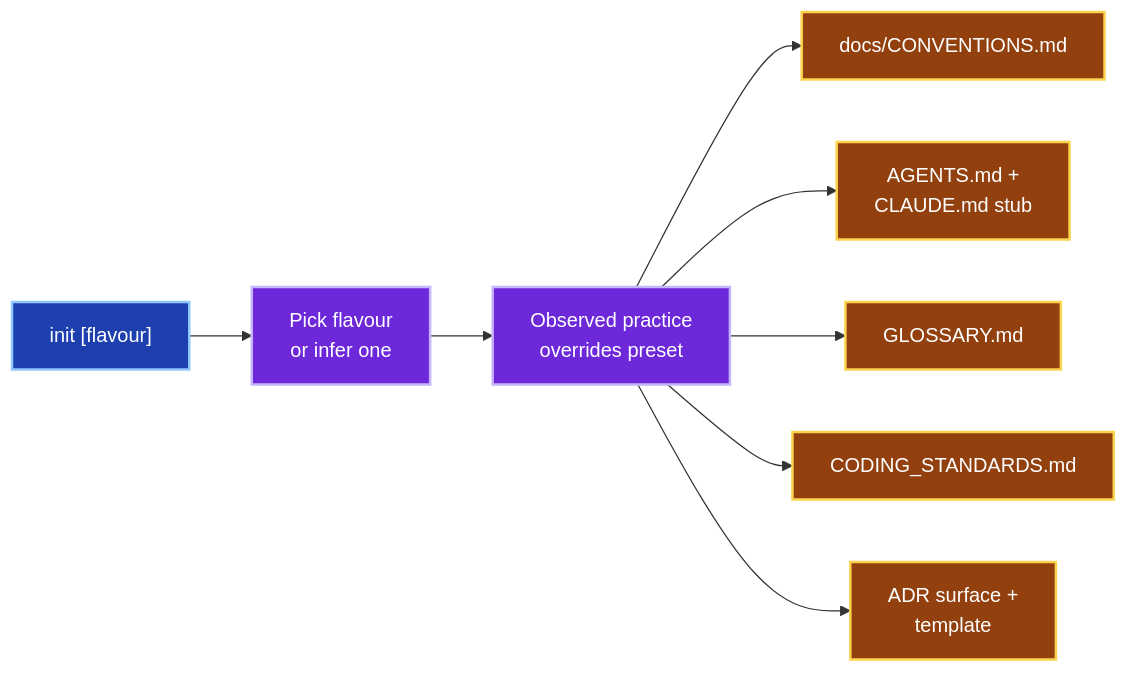
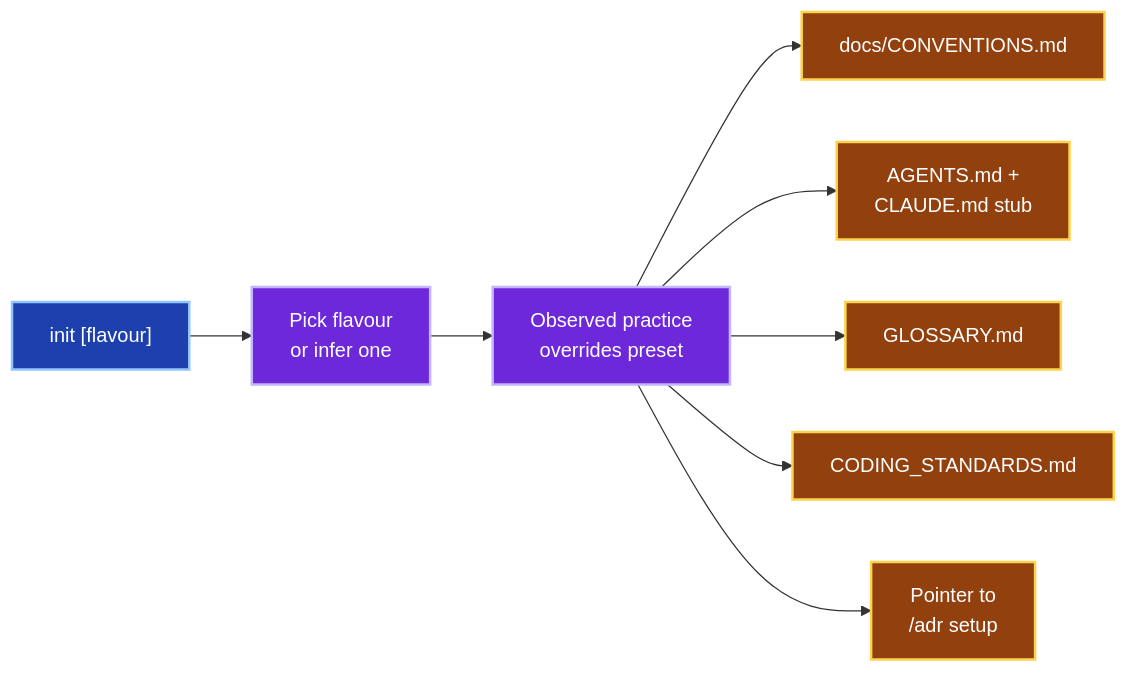
Before and after one commit to jpeakai/skills: the ninth of 12 diagrams in skills/librarian/ARCHITECTURE.md, drawn with Mermaid. The commit also changed other lines of this file and 49 other files, not shown here.

````diff
--- a/skills/librarian/ARCHITECTURE.md
+++ b/skills/librarian/ARCHITECTURE.md
@@ -338,22 +334,22 @@
 ```mermaid
 flowchart LR
     ARG["init [flavour]"]:::input
     PICK["Pick flavour<br/>or infer one"]:::rule
     OBS["Observed practice<br/>overrides preset"]:::rule
     CONV["docs/CONVENTIONS.md"]:::artifact
     AG["AGENTS.md +<br/>CLAUDE.md stub"]:::artifact
     GL["GLOSSARY.md"]:::artifact
     CSD["CODING_STANDARDS.md"]:::artifact
-    ADR["ADR surface +<br/>template"]:::artifact
+    ADR["Pointer to<br/>/adr setup"]:::artifact
 
     ARG --> PICK --> OBS
     OBS --> CONV
     OBS --> AG
     OBS --> GL
     OBS --> CSD
     OBS --> ADR
 
     classDef input    fill:#1e40af,stroke:#93c5fd,color:#fff,stroke-width:2px
     classDef rule     fill:#6d28d9,stroke:#c4b5fd,color:#fff,stroke-width:2px
     classDef artifact fill:#92400e,stroke:#fcd34d,color:#fff,stroke-width:2px
 ```
````
